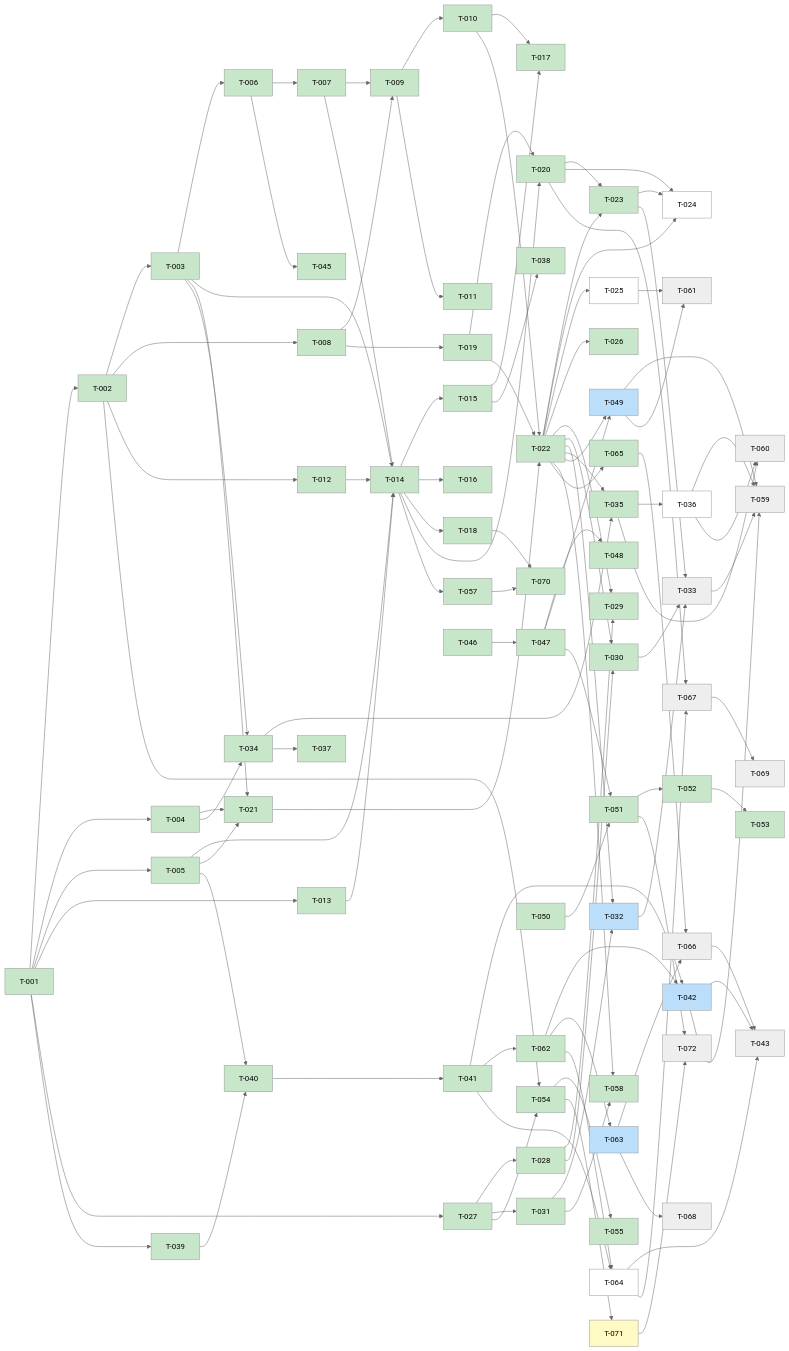
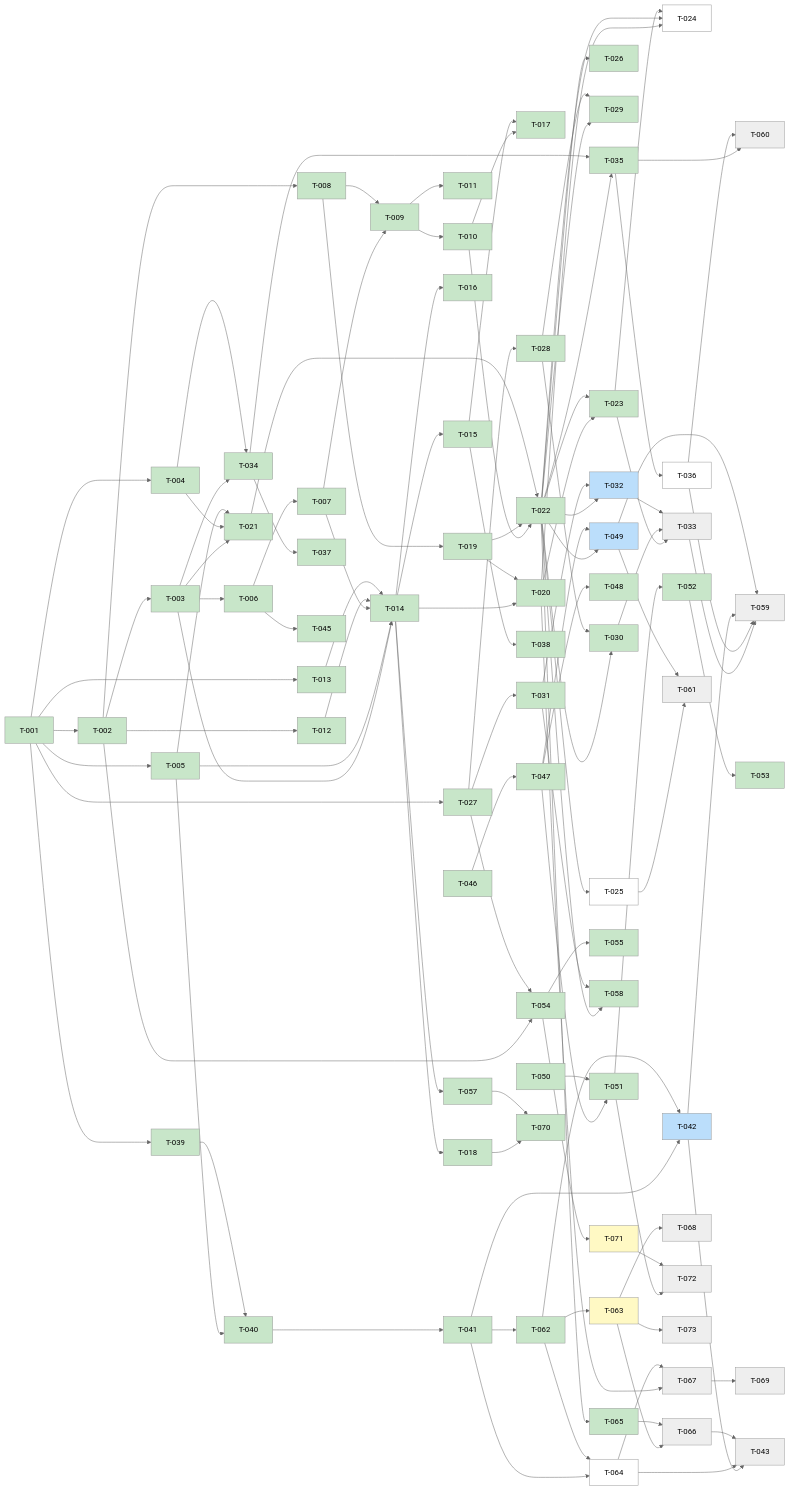
One commit to scholtz/biatec-chat changed the diagram in kanban/BOARD.md. Above: the diagram before and after it, drawn with Mermaid (neutral theme). The commit also changed other lines of this file and 2 other files, not shown here.

Commit message:
kanban: T-063 → review, new T-073 (document the widget host API)

````diff
--- a/kanban/BOARD.md
+++ b/kanban/BOARD.md
@@ -214,14 +215,15 @@
   T054[T-054] --> T071[T-071]
   T051[T-051] --> T072[T-072]
   T071[T-071] --> T072[T-072]
+  T063[T-063] --> T073[T-073]
   classDef done fill:#c8e6c9
   classDef review fill:#fff9c4
   classDef inprogress fill:#bbdefb
   classDef backlog fill:#ffffff
   classDef blocked fill:#eeeeee
   class T001,T002,T003,T004,T005,T006,T007,T008,T009,T010,T011,T012,T013,T014,T015,T016,T017,T018,T019,T020,T021,T022,T023,T026,T027,T028,T029,T030,T031,T034,T035,T037,T038,T039,T040,T041,T044,T045,T046,T047,T048,T050,T051,T052,T053,T054,T055,T056,T057,T058,T062,T065,T070 done
-  class T071 review
-  class T042,T032,T049,T063 inprogress
+  class T063,T071 review
+  class T042,T032,T049 inprogress
   class T024,T036,T064,T025 backlog
-  class T033,T059,T043,T066,T068,T072,T060,T061,T067,T069 blocked
+  class T033,T059,T043,T066,T068,T072,T060,T061,T067,T069,T073 blocked
 ```
````
